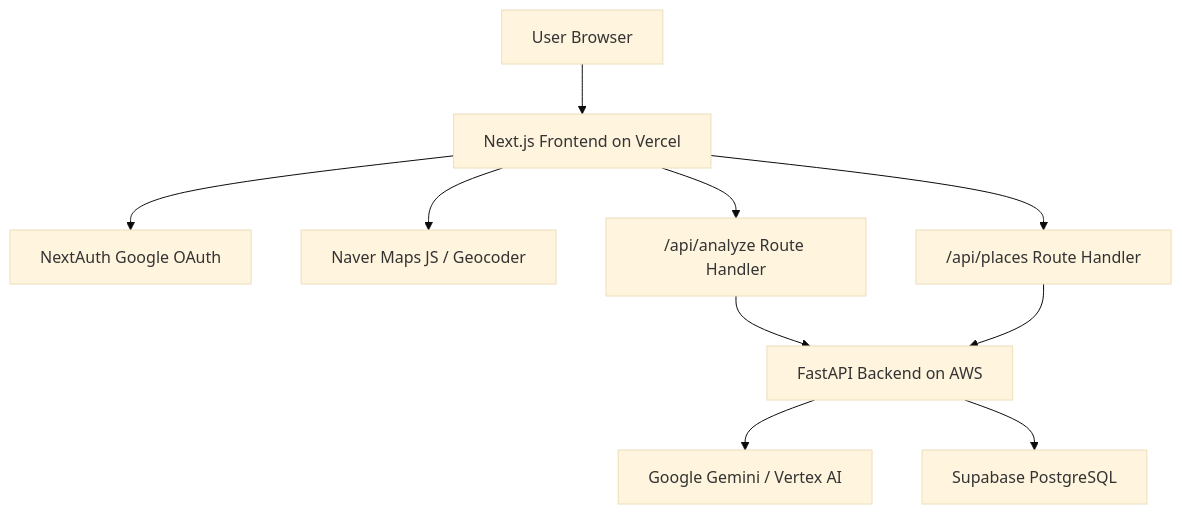
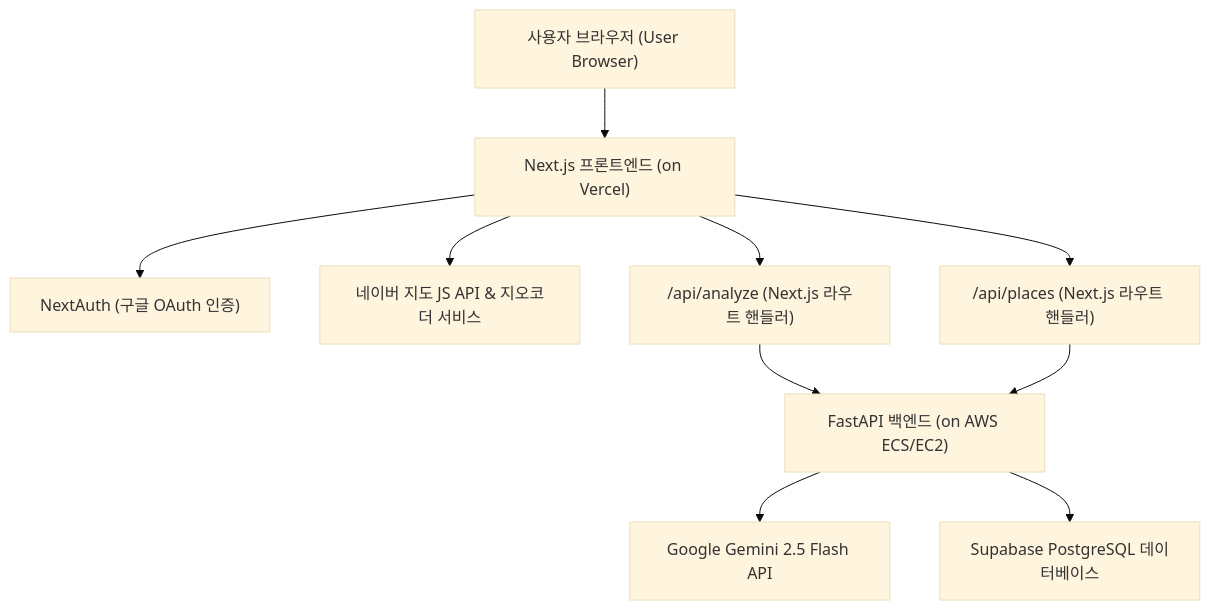
Before and after one commit to BapSangE/sple: the second of 2 diagrams in README.md, drawn with Mermaid (base theme). The commit also changed other lines of this file, not shown here.

````diff
--- a/README.md
+++ b/README.md
@@ -112,15 +120,15 @@
 ```mermaid
 flowchart TD
-  User["User Browser"] --> Frontend["Next.js Frontend on Vercel"]
+  User["사용자 브라우저 (User Browser)"] --> Frontend["Next.js 프론트엔드 (on Vercel)"]
 
-  Frontend --> Auth["NextAuth Google OAuth"]
-  Frontend --> Naver["Naver Maps JS / Geocoder"]
-  Frontend --> AnalyzeRoute["/api/analyze Route Handler"]
-  Frontend --> PlacesRoute["/api/places Route Handler"]
+  Frontend --> Auth["NextAuth (구글 OAuth 인증)"]
+  Frontend --> Naver["네이버 지도 JS API & 지오코더 서비스"]
+  Frontend --> AnalyzeRoute["/api/analyze (Next.js 라우트 핸들러)"]
+  Frontend --> PlacesRoute["/api/places (Next.js 라우트 핸들러)"]
 
-  AnalyzeRoute --> Backend["FastAPI Backend on AWS"]
+  AnalyzeRoute --> Backend["FastAPI 백엔드 (on AWS ECS/EC2)"]
   PlacesRoute --> Backend
 
-  Backend --> Gemini["Google Gemini / Vertex AI"]
-  Backend --> DB["Supabase PostgreSQL"]
+  Backend --> Gemini["Google Gemini 2.5 Flash API"]
+  Backend --> DB["Supabase PostgreSQL 데이터베이스"]
 ```
````
